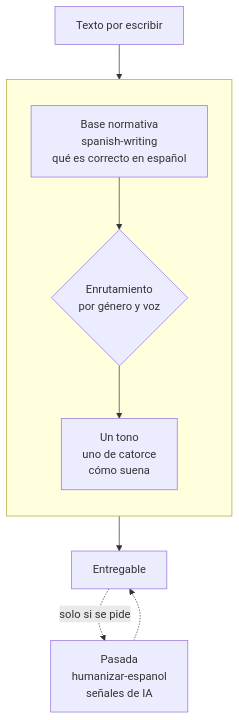
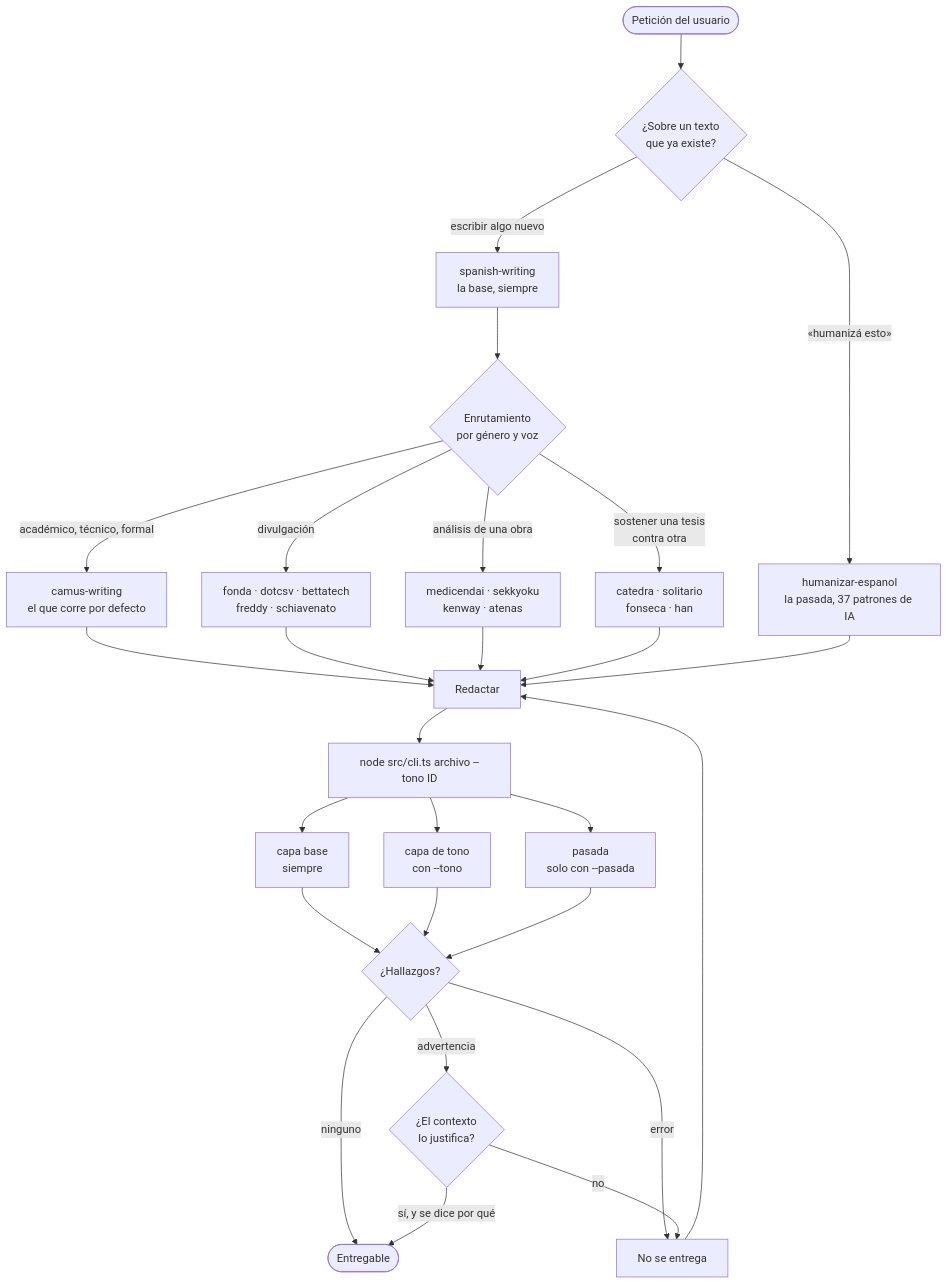
One commit to diegnghtmr/writing-harness changed the first of 4 diagrams in README.md. Above: the diagram before and after it, drawn with Mermaid. The commit also changed other lines of this file and 1 other file, not shown here.

Commit message:
docs: el diagrama principal recorre el camino entero
El primero del README mostraba la arquitectura en tres cajas, no el
camino. Ahora va desde la peticion del usuario hasta el entregable con
sus bifurcaciones: si el texto ya existe la pasada, si no la base y el
enrutamiento por genero hacia uno de los catorce tonos; despues el
verificador con sus tres capas, y los dos rombos del final, que son la
diferencia entre un linter y un gate. Un error no se entrega. Una
advertencia si, si quien escribe puede decir por que.

El gate de documentacion cazo el propio cambio: la frase «uno de
catorce» vivia en el diagrama viejo y al reescribirlo desaparecio. Las
dos cuentas de tonos apuntan ahora a la oracion de Enrutamiento, que las
enuncia juntas. Probado envejeciendola a doce.

Validado con mermaid: los cuatro parsean.

````diff
--- a/README.md
+++ b/README.md
@@ -21,15 +22,35 @@
 ```mermaid
 flowchart TD
-    T["Texto por escribir"] --> B
+    U(["Petición del usuario"]) --> Q0{"¿Sobre un texto<br/>que ya existe?"}
 
-    subgraph capas [" "]
-        direction TB
-        B["Base normativa<br/>spanish-writing<br/>qué es correcto en español"]
-        B --> R{"Enrutamiento<br/>por género y voz"}
-        R --> N["Un tono<br/>uno de catorce<br/>cómo suena"]
-    end
+    Q0 -->|"«humanizá esto»"| H["humanizar-espanol<br/>la pasada, 37 patrones de IA"]
+    Q0 -->|"escribir algo nuevo"| B["spanish-writing<br/>la base, siempre"]
 
-    N --> E["Entregable"]
-    E -.->|"solo si se pide"| P["Pasada<br/>humanizar-espanol<br/>señales de IA"]
-    P -.-> E
+    B --> R{"Enrutamiento<br/>por género y voz"}
+    R -->|"académico, técnico, formal"| T1["camus-writing<br/>el que corre por defecto"]
+    R -->|"divulgación"| T2["fonda · dotcsv · bettatech<br/>freddy · schiavenato"]
+    R -->|"análisis de una obra"| T3["medicendai · sekkyoku<br/>kenway · atenas"]
+    R -->|"sostener una tesis<br/>contra otra"| T4["catedra · solitario<br/>fonseca · han"]
+
+    T1 --> W["Redactar"]
+    T2 --> W
+    T3 --> W
+    T4 --> W
+    H --> W
+
+    W --> V["node src/cli.ts archivo --tono ID"]
+    V --> C1["capa base<br/>siempre"]
+    V --> C2["capa de tono<br/>con --tono"]
+    V --> C3["pasada<br/>solo con --pasada"]
+
+    C1 --> Q1{"¿Hallazgos?"}
+    C2 --> Q1
+    C3 --> Q1
+
+    Q1 -->|"ninguno"| E(["Entregable"])
+    Q1 -->|"error"| X["No se entrega"]
+    Q1 -->|"advertencia"| Q2{"¿El contexto<br/>lo justifica?"}
+    Q2 -->|"sí, y se dice por qué"| E
+    Q2 -->|"no"| X
+    X --> W
 ```
````
